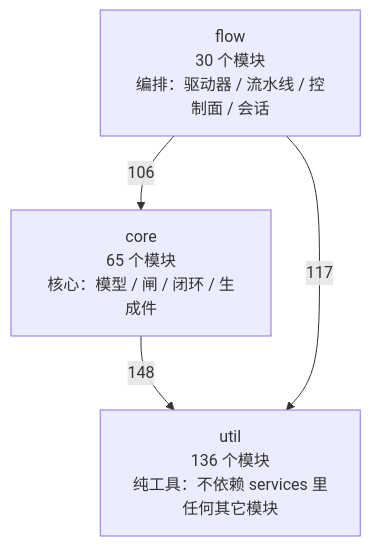
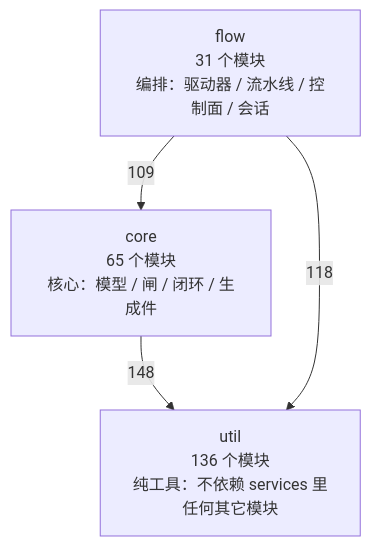
One commit to 2686521696/WhyBuddy changed the first of 4 diagrams in docs/SlideRule V6.2 架构图（自动生成）.md. Above: the diagram before and after it, drawn with Mermaid. The commit also changed other lines of this file and 14 other files, not shown here.

````diff
--- a/docs/SlideRule V6.2 架构图（自动生成）.md
+++ b/docs/SlideRule V6.2 架构图（自动生成）.md
@@ -50,9 +50,9 @@
 ```mermaid
 flowchart TB
   util["util<br/>136 个模块<br/>纯工具：不依赖 services 里任何其它模块"]
   core["core<br/>65 个模块<br/>核心：模型 / 闸 / 闭环 / 生成件"]
-  flow["flow<br/>30 个模块<br/>编排：驱动器 / 流水线 / 控制面 / 会话"]
+  flow["flow<br/>31 个模块<br/>编排：驱动器 / 流水线 / 控制面 / 会话"]
   core -->|148| util
-  flow -->|106| core
-  flow -->|117| util
+  flow -->|109| core
+  flow -->|118| util
 ```
````
